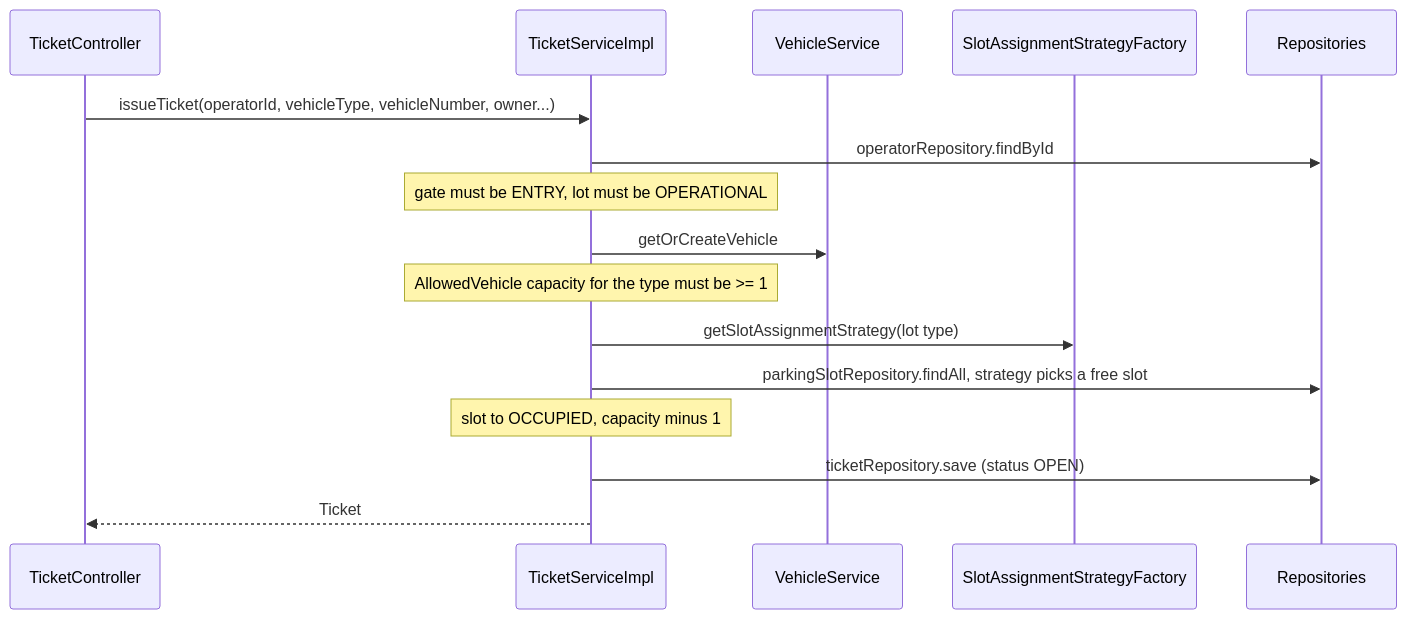
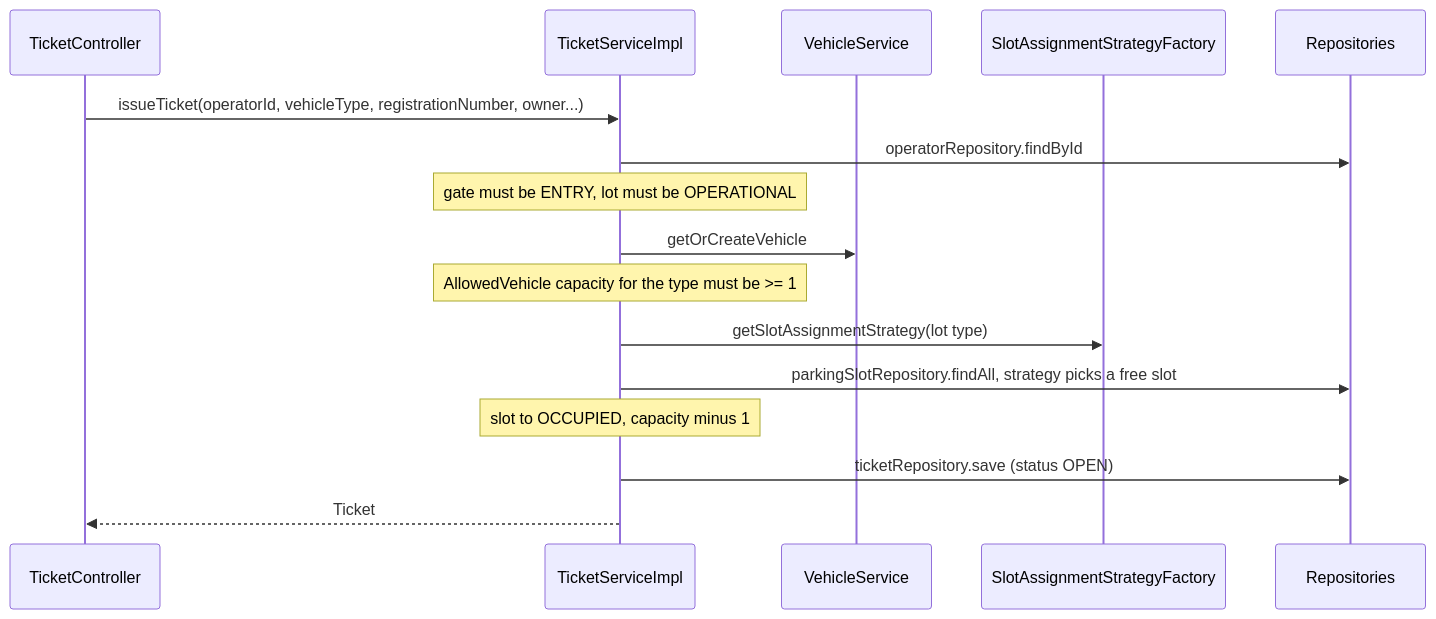
Before and after one commit to SumitP2500/LearnLLD: the third of 3 diagrams in src/main/java/learn/pakinglot/README.md, drawn with Mermaid. The commit also changed other lines of this file and 9 other files, not shown here.

````diff
--- a/src/main/java/learn/pakinglot/README.md
+++ b/src/main/java/learn/pakinglot/README.md
@@ -116,18 +117,18 @@
 ```mermaid
 sequenceDiagram
     participant TC as TicketController
     participant TS as TicketServiceImpl
     participant VS as VehicleService
     participant SF as SlotAssignmentStrategyFactory
     participant R as Repositories
-    TC->>TS: issueTicket(operatorId, vehicleType, vehicleNumber, owner...)
+    TC->>TS: issueTicket(operatorId, vehicleType, registrationNumber, owner...)
     TS->>R: operatorRepository.findById
     Note over TS: gate must be ENTRY, lot must be OPERATIONAL
     TS->>VS: getOrCreateVehicle
     Note over TS: AllowedVehicle capacity for the type must be >= 1
     TS->>SF: getSlotAssignmentStrategy(lot type)
     TS->>R: parkingSlotRepository.findAll, strategy picks a free slot
     Note over TS: slot to OCCUPIED, capacity minus 1
     TS->>R: ticketRepository.save (status OPEN)
     TS-->>TC: Ticket
 ```
````
